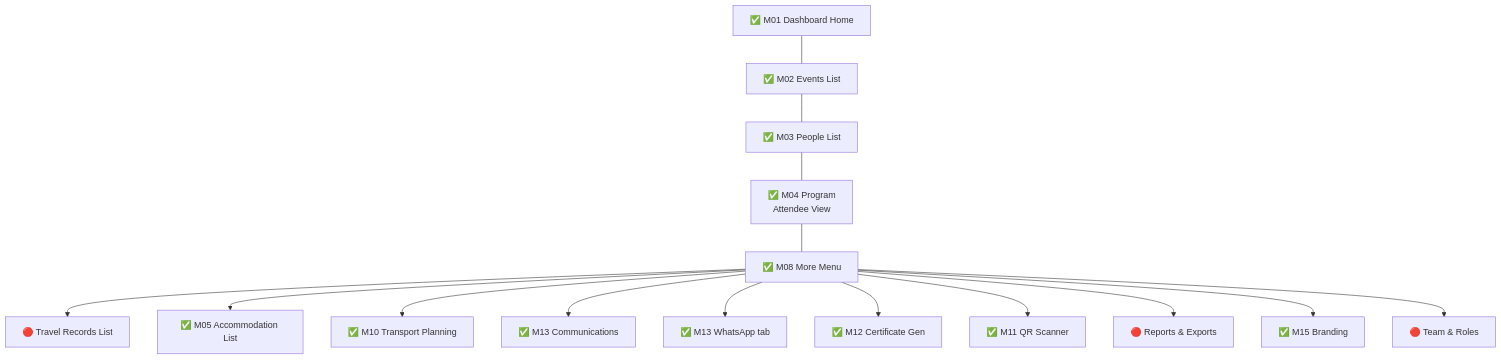
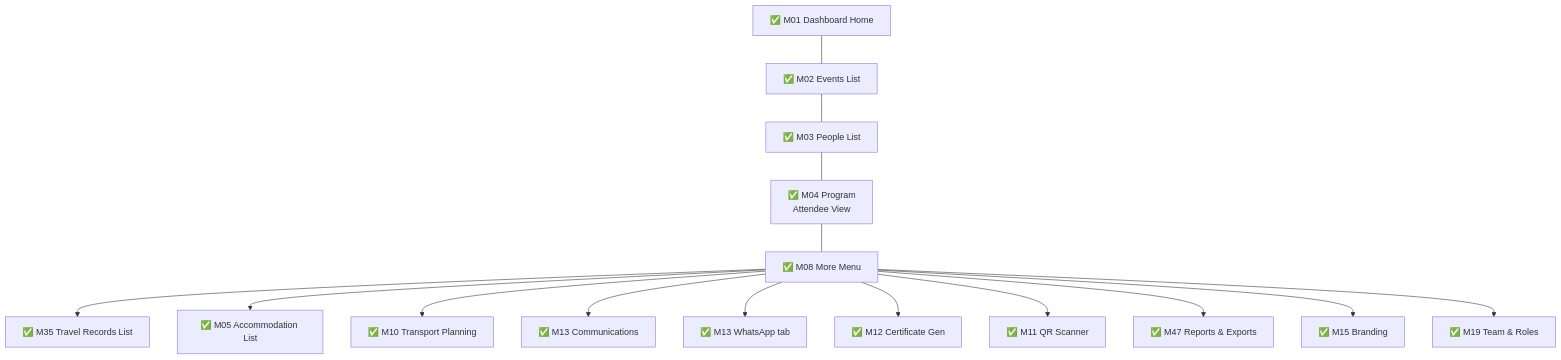
One commit to drshailesh88/G_I_C_A changed the second of 15 diagrams in research-hub/USER_FLOWS.md. Above: the diagram before and after it, drawn with Mermaid. The commit also changed other lines of this file and 16 other files, not shown here.

````diff
--- a/research-hub/USER_FLOWS.md
+++ b/research-hub/USER_FLOWS.md
@@ -32,18 +35,18 @@
 ```mermaid
 flowchart TD
     TAB_HOME[✅ M01 Dashboard Home] --- TAB_EVENTS[✅ M02 Events List]
     TAB_EVENTS --- TAB_PEOPLE[✅ M03 People List]
     TAB_PEOPLE --- TAB_PROGRAM[✅ M04 Program<br/>Attendee View]
     TAB_PROGRAM --- TAB_MORE[✅ M08 More Menu]
 
-    TAB_MORE --> MORE_TRAVEL[🔴 Travel Records List]
+    TAB_MORE --> MORE_TRAVEL[✅ M35 Travel Records List]
     TAB_MORE --> MORE_ACCOM[✅ M05 Accommodation List]
     TAB_MORE --> MORE_TRANSPORT[✅ M10 Transport Planning]
     TAB_MORE --> MORE_EMAIL[✅ M13 Communications]
     TAB_MORE --> MORE_WA[✅ M13 WhatsApp tab]
     TAB_MORE --> MORE_CERT[✅ M12 Certificate Gen]
     TAB_MORE --> MORE_QR[✅ M11 QR Scanner]
-    TAB_MORE --> MORE_REPORTS[🔴 Reports & Exports]
+    TAB_MORE --> MORE_REPORTS[✅ M47 Reports & Exports]
     TAB_MORE --> MORE_BRAND[✅ M15 Branding]
-    TAB_MORE --> MORE_SETTINGS[🔴 Team & Roles]
+    TAB_MORE --> MORE_SETTINGS[✅ M19 Team & Roles]
 ```
````
